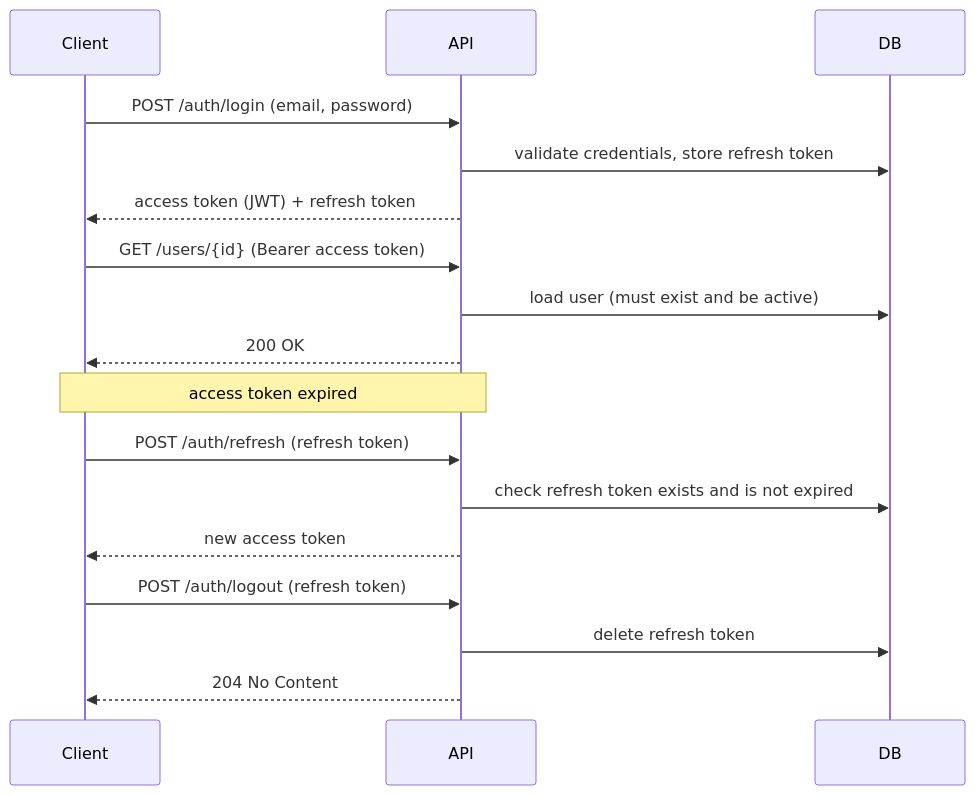
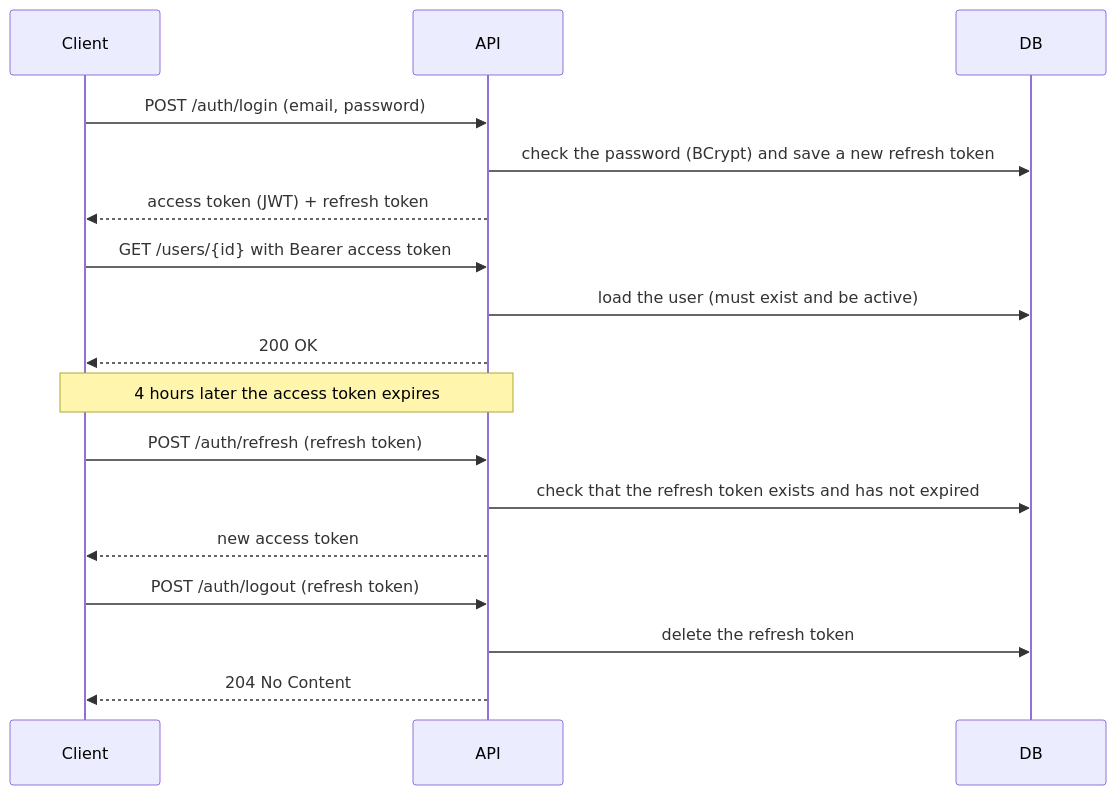
Before and after one commit to TiagoPaulin/Spring_Auth_Boilerplate: the second of 3 diagrams in README.md, drawn with Mermaid. The commit also changed other lines of this file and 1 other file, not shown here.

````diff
--- a/README.md
+++ b/README.md
@@ -25,23 +108,23 @@
 ```mermaid
 sequenceDiagram
     participant C as Client
     participant API
     participant DB
 
     C->>API: POST /auth/login (email, password)
-    API->>DB: validate credentials, store refresh token
+    API->>DB: check the password (BCrypt) and save a new refresh token
     API-->>C: access token (JWT) + refresh token
 
-    C->>API: GET /users/{id} (Bearer access token)
-    API->>DB: load user (must exist and be active)
+    C->>API: GET /users/{id} with Bearer access token
+    API->>DB: load the user (must exist and be active)
     API-->>C: 200 OK
 
-    Note over C,API: access token expired
+    Note over C,API: 4 hours later the access token expires
     C->>API: POST /auth/refresh (refresh token)
-    API->>DB: check refresh token exists and is not expired
+    API->>DB: check that the refresh token exists and has not expired
     API-->>C: new access token
 
     C->>API: POST /auth/logout (refresh token)
-    API->>DB: delete refresh token
+    API->>DB: delete the refresh token
     API-->>C: 204 No Content
 ```
````
